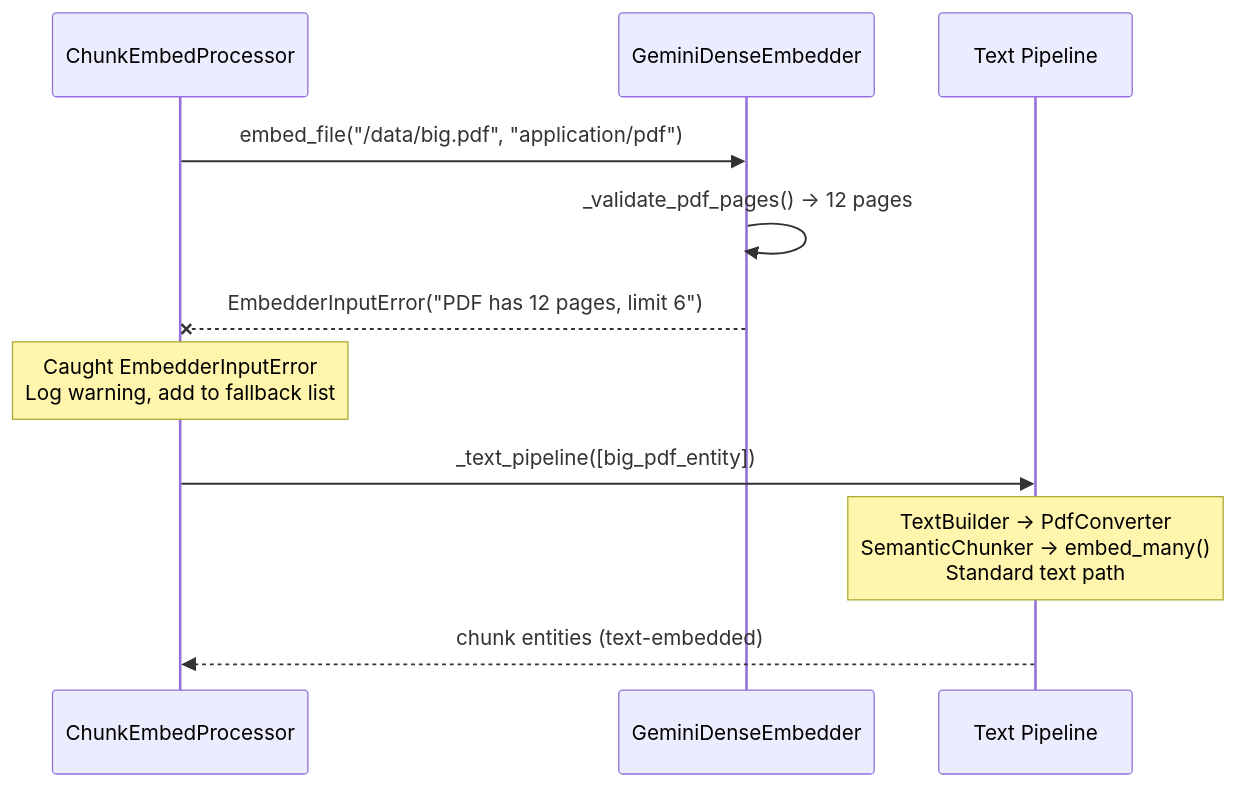
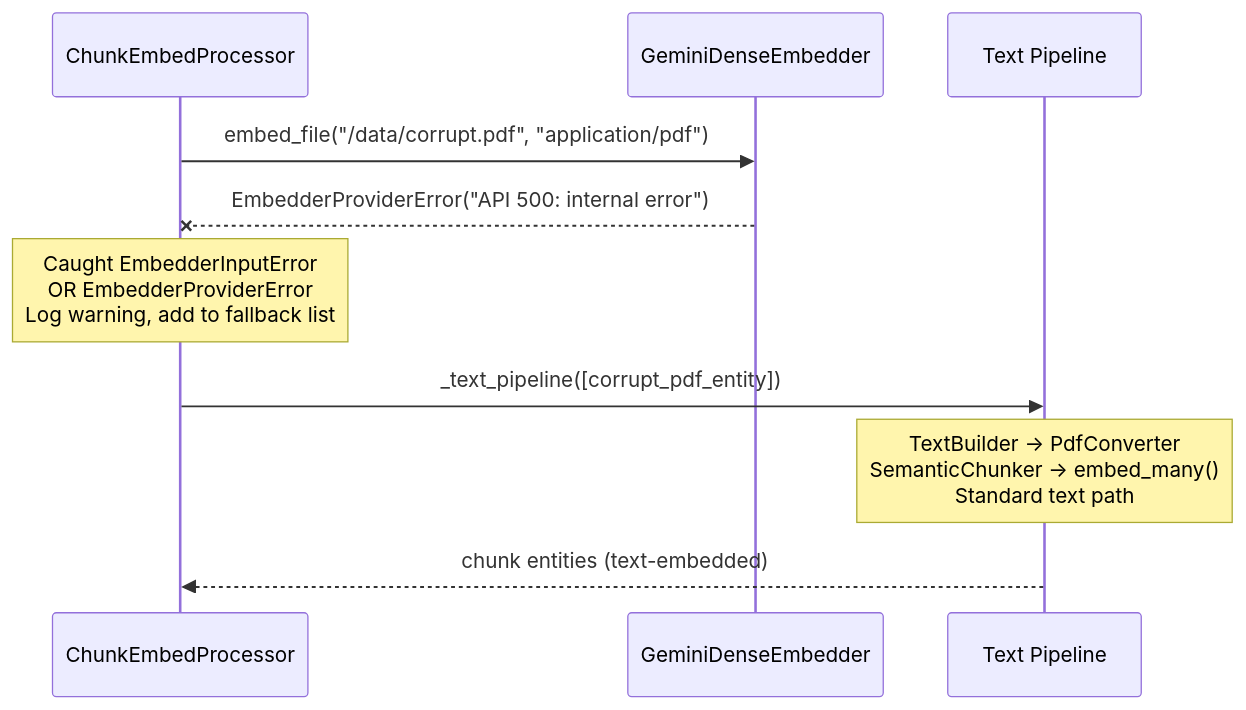
One commit to airweave-ai/airweave changed the ninth of 10 diagrams in docs/gemini-embedding-2/README.md. Above: the diagram before and after it, drawn with Mermaid. The commit also changed other lines of this file and 6 other files, not shown here.

````diff
--- a/docs/gemini-embedding-2/README.md
+++ b/docs/gemini-embedding-2/README.md
@@ -183,16 +332,15 @@
 ```mermaid
 sequenceDiagram
     participant CE as ChunkEmbedProcessor
     participant GE as GeminiDenseEmbedder
     participant TP as Text Pipeline
 
-    CE->>GE: embed_file("/data/big.pdf", "application/pdf")
-    GE->>GE: _validate_pdf_pages() -> 12 pages
-    GE--xCE: EmbedderInputError("PDF has 12 pages, limit 6")
+    CE->>GE: embed_file("/data/corrupt.pdf", "application/pdf")
+    GE--xCE: EmbedderProviderError("API 500: internal error")
 
-    Note over CE: Caught EmbedderInputError<br/>Log warning, add to fallback list
+    Note over CE: Caught EmbedderInputError<br/>OR EmbedderProviderError<br/>Log warning, add to fallback list
 
-    CE->>TP: _text_pipeline([big_pdf_entity])
+    CE->>TP: _text_pipeline([corrupt_pdf_entity])
     Note over TP: TextBuilder -> PdfConverter<br/>SemanticChunker -> embed_many()<br/>Standard text path
     TP-->>CE: chunk entities (text-embedded)
 ```
````
